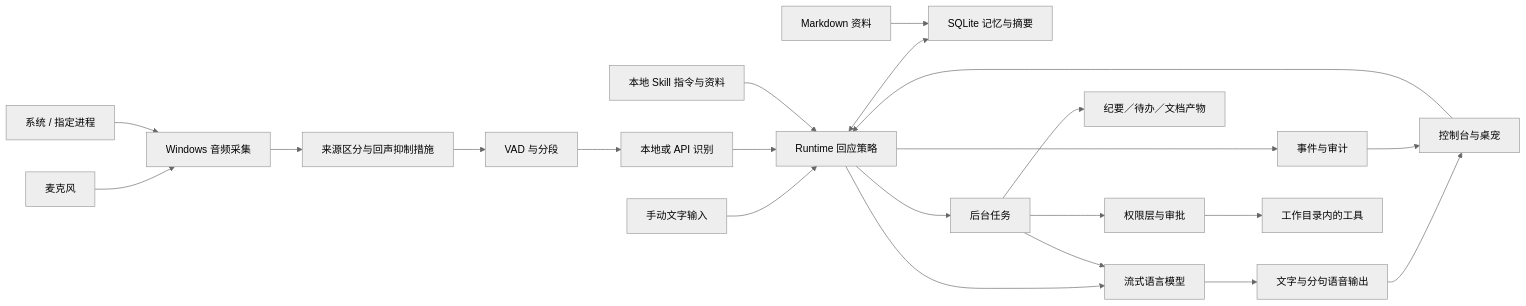
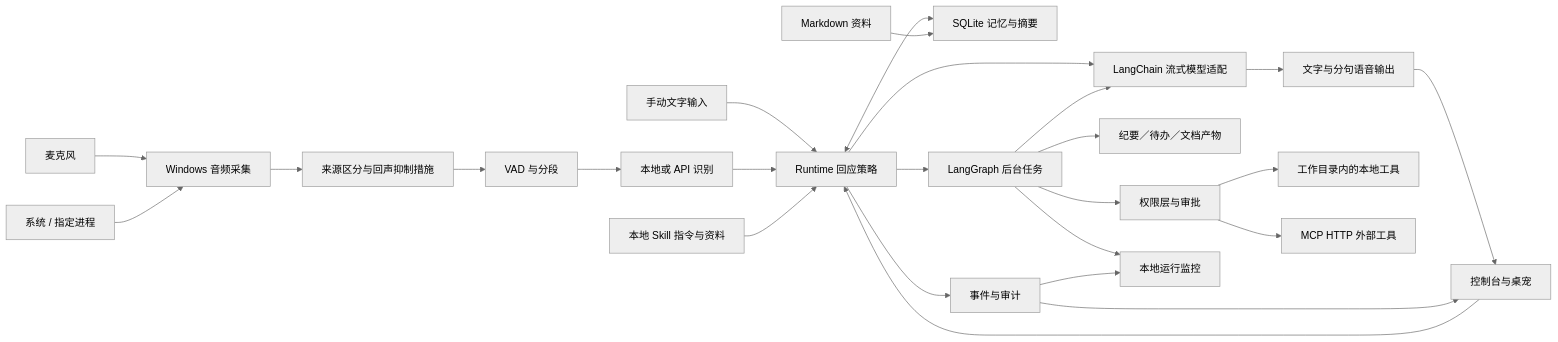
The diagram in docs/architecture.md (MuzeAnisichael/GreatSage), drawn with Mermaid (neutral theme) before and after one commit. The commit also changed other lines of this file and 19 other files, not shown here.

Commit message:
docs: publish migration progress, validation and runtime inspector examples

````diff
--- a/docs/architecture.md
+++ b/docs/architecture.md
@@ -7,24 +7,27 @@
 ```mermaid
 flowchart LR
     Mic[麦克风] --> Capture[Windows 音频采集]
     Desktop[系统 / 指定进程] --> Capture
     Capture --> Echo[来源区分与回声抑制措施]
     Echo --> VAD[VAD 与分段]
     VAD --> ASR[本地或 API 识别]
     Text[手动文字输入] --> Runtime[Runtime 回应策略]
     ASR --> Runtime
     Runtime <--> Memory[SQLite 记忆与摘要]
     Skills[本地 Skill 指令与资料] --> Runtime
-    Runtime --> LLM[流式语言模型]
+    Runtime --> LLM[LangChain 流式模型适配]
     LLM --> Output[文字与分句语音输出]
     Output --> UI[控制台与桌宠]
     UI --> Runtime
     Runtime --> Events[事件与审计]
     Events --> UI
     Materials[Markdown 资料] --> Memory
-    Runtime --> Tasks[后台任务]
+    Runtime --> Tasks[LangGraph 后台任务]
     Tasks --> LLM
     Tasks --> Artifacts[纪要／待办／文档产物]
     Tasks --> Policy[权限层与审批]
-    Policy --> Tools[工作目录内的工具]
+    Policy --> Tools[工作目录内的本地工具]
+    Policy --> MCP[MCP HTTP 外部工具]
+    Tasks --> Inspector[本地运行监控]
+    Events --> Inspector
 ```
````
